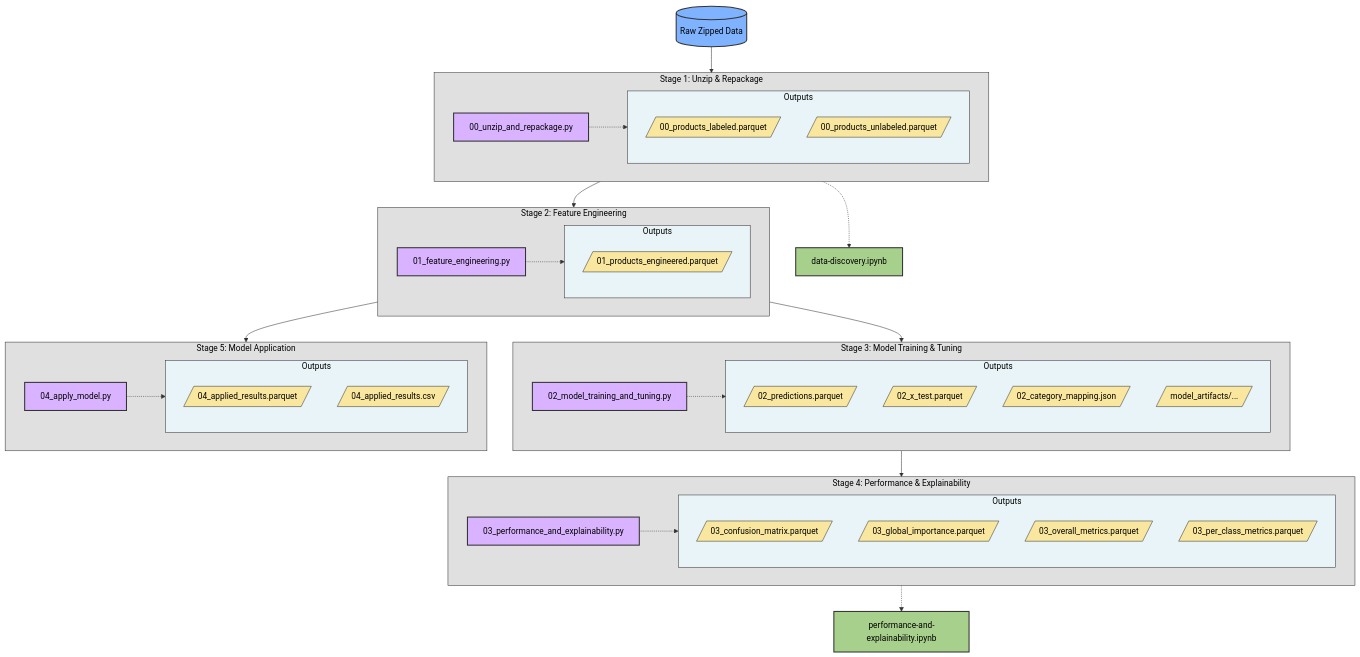
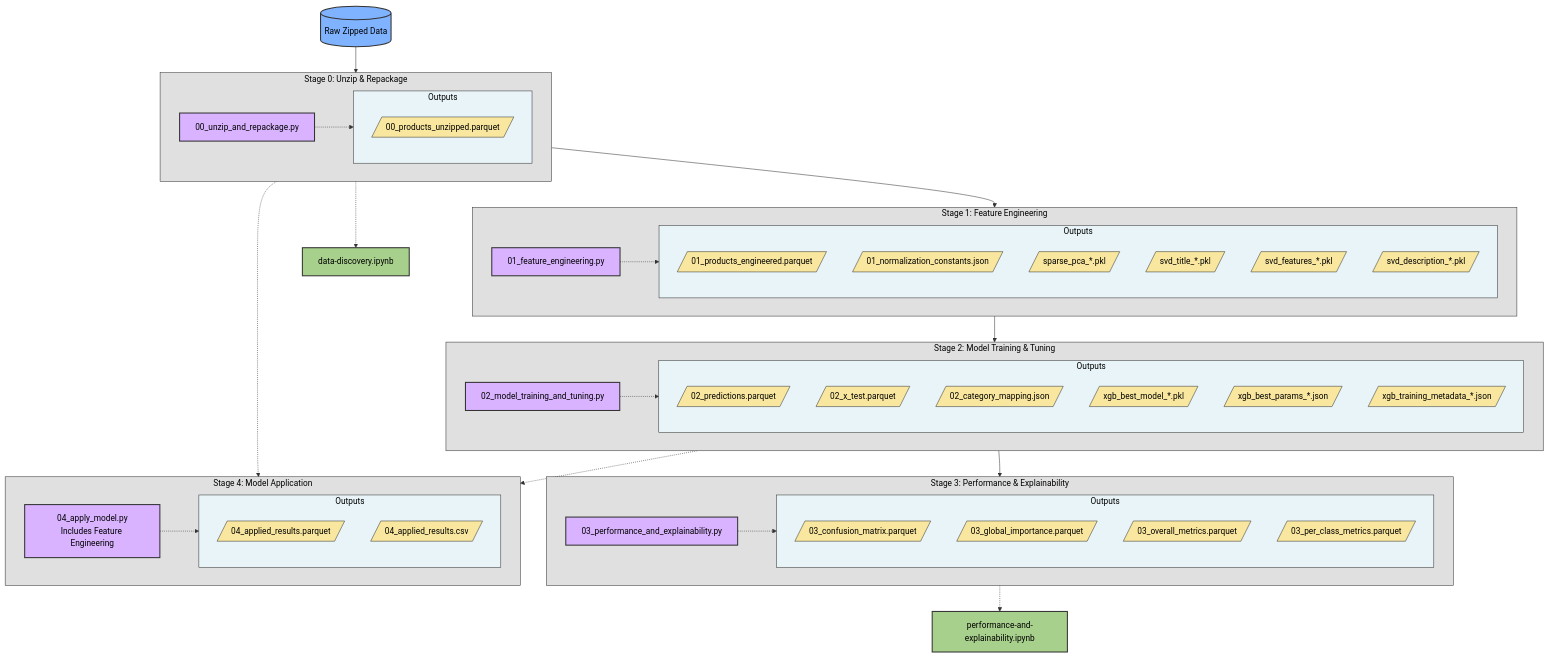
The first of 2 diagrams in readme.md (x81k25/amazon-product-classification), drawn with Mermaid before and after one commit. The commit also changed other lines of this file, not shown here.

Commit message:
updated workflow diagram

```diff
--- a/readme.md
+++ b/readme.md
@@ -337,44 +346,50 @@
     raw[(Raw Zipped Data)]
     
     %% Unzip Process
-    subgraph stage1[Stage 1: Unzip & Repackage]
+    subgraph stage1[Stage 0: Unzip & Repackage]
         unzip[00_unzip_and_repackage.py]
         
         subgraph outputs1[Outputs]
-            f1[/00_products_labeled.parquet/]
-            f2[/00_products_unlabeled.parquet/]
+            f1[/00_products_unzipped.parquet/]
         end
         
         unzip -.-> outputs1
     end
     
     %% Feature Engineering
-    subgraph stage2[Stage 2: Feature Engineering]
+    subgraph stage2[Stage 1: Feature Engineering]
         engineer[01_feature_engineering.py]
         
         subgraph outputs2[Outputs]
             f3[/01_products_engineered.parquet/]
+            f14[/01_normalization_constants.json/]
+            f15[/sparse_pca_*.pkl/]
+            f16[/svd_title_*.pkl/]
+            f17[/svd_features_*.pkl/]
+            f18[/svd_description_*.pkl/]
         end
         
         engineer -.-> outputs2
     end
     
     %% Model Training
-    subgraph stage3[Stage 3: Model Training & Tuning]
+    subgraph stage3[Stage 2: Model Training & Tuning]
         train[02_model_training_and_tuning.py]
         
         subgraph outputs3[Outputs]
             f4[/02_predictions.parquet/]
             f5[/02_x_test.parquet/]
             f6[/02_category_mapping.json/]
-            f7[/model_artifacts/.../]
+            f7[/xgb_best_model_*.pkl/]
+            f19[/xgb_best_params_*.json/]
+            f20[/xgb_training_metadata_*.json/]
         end
         
         train -.-> outputs3
     end
     
     %% Performance Analysis
-    subgraph stage4[Stage 4: Performance & Explainability]
+    subgraph stage4[Stage 3: Performance & Explainability]
         explain[03_performance_and_explainability.py]
         
         subgraph outputs4[Outputs]
@@ -388,8 +403,8 @@
     end
     
     %% Model Application
-    subgraph stage5[Stage 5: Model Application]
-        apply[04_apply_model.py]
+    subgraph stage5[Stage 4: Model Application]
+        apply[04_apply_model.py<br/>Includes Feature Engineering]
         
         subgraph outputs5[Outputs]
             f12[/04_applied_results.parquet/]
@@ -407,8 +422,11 @@
     raw --> stage1
     stage1 --> stage2
     stage2 --> stage3
-    stage2 --> stage5
     stage3 --> stage4
+    
+    %% New data flow - bypasses stage2
+    stage1 -.-> stage5
+    stage3 -.-> stage5
         
     %% Notebook connections
     stage1 -.-> notebook1
@@ -424,7 +442,7 @@
     
     class unzip,engineer,train,explain,apply process
     class raw data
-    class f1,f2,f3,f4,f5,f6,f7,f8,f9,f10,f11,f12,f13 file
+    class f1,f3,f4,f5,f6,f7,f8,f9,f10,f11,f12,f13,f14,f15,f16,f17,f18,f19,f20 file
     class stage1,stage2,stage3,stage4,stage5 stage
     class outputs1,outputs2,outputs3,outputs4,outputs5 outputs
     class notebook1,notebook2 notebook
```
